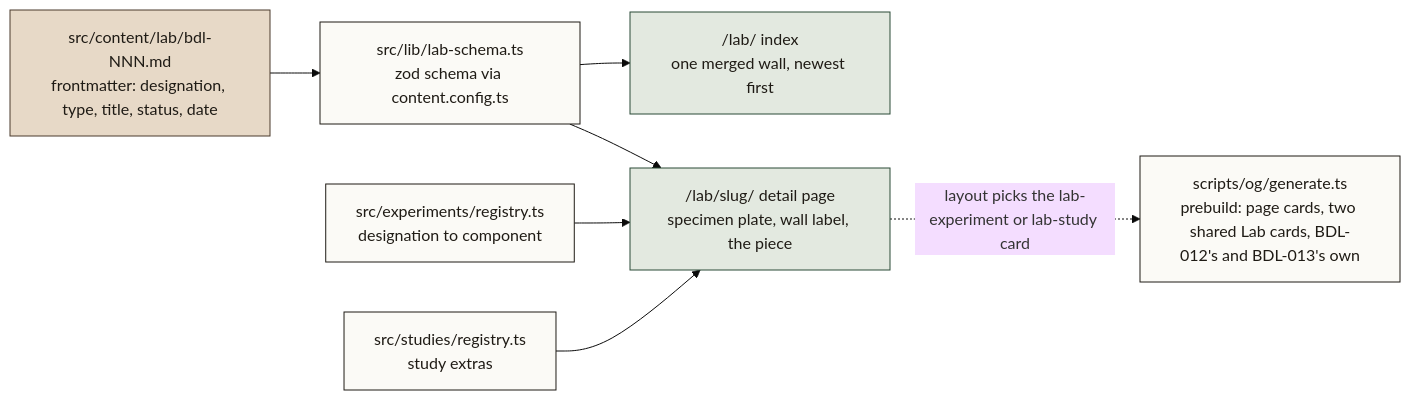
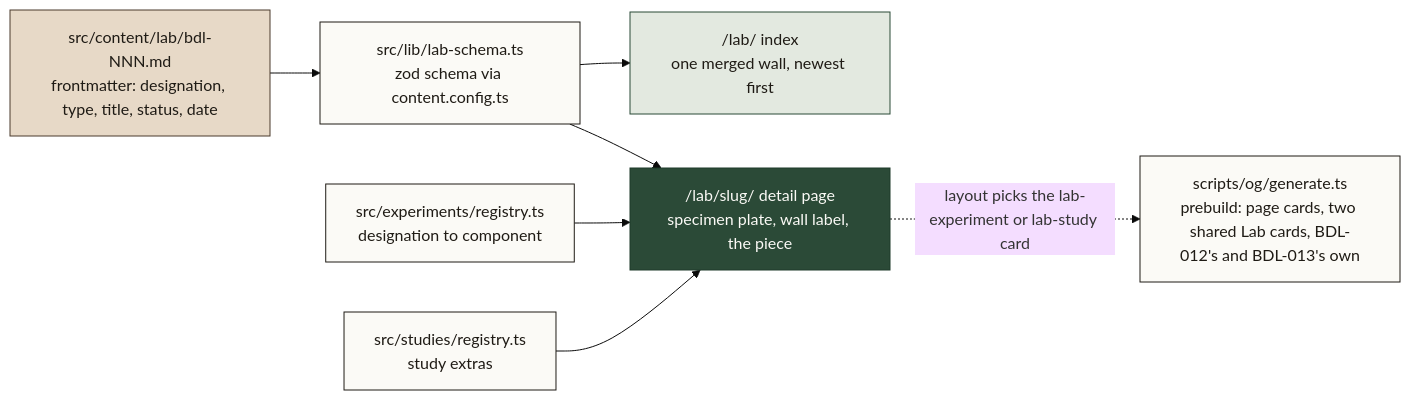
One commit to BirchDesignLab/birchdesignlab changed the first of 7 diagrams in README.md. Above: the diagram before and after it, drawn with Mermaid (base theme). The commit also changed other lines of this file and 48 other files, not shown here.

First line of the commit message:
README: critic fix round (Lab and Portal first, American spelling, chart fixes)

````diff
--- a/README.md
+++ b/README.md
@@ -188,20 +53,21 @@
 ```mermaid
 flowchart LR
     classDef store fill:#e7d9c7,stroke:#4a3a2c,color:#1f1b15
     classDef cloud fill:#e3e9e0,stroke:#2b4a37,color:#1f1b15
     classDef you fill:#fbfaf6,stroke:#1f1b15,color:#1f1b15
+    classDef piece fill:#2b4a37,stroke:#1f3a2a,color:#fbfaf6
 
     MD["src/content/lab/bdl-NNN.md<br/>frontmatter: designation, type, title, status, date"]:::store
     SCHEMA["src/lib/lab-schema.ts<br/>zod schema via content.config.ts"]:::you
     REG["src/experiments/registry.ts<br/>designation to component"]:::you
     SREG["src/studies/registry.ts<br/>study extras"]:::you
     IDX["/lab/ index<br/>one merged wall, newest first"]:::cloud
-    DET["/lab/slug/ detail page<br/>specimen plate, wall label, the piece"]:::cloud
+    DET["/lab/slug/ detail page<br/>specimen plate, wall label, the piece"]:::piece
     OG["scripts/og/generate.ts<br/>prebuild: page cards, two shared Lab cards, BDL-012's and BDL-013's own"]:::you
 
     MD --> SCHEMA --> IDX
     SCHEMA --> DET
     REG --> DET
     SREG --> DET
     DET -.->|"layout picks the lab-experiment or lab-study card"| OG
 ```
````
